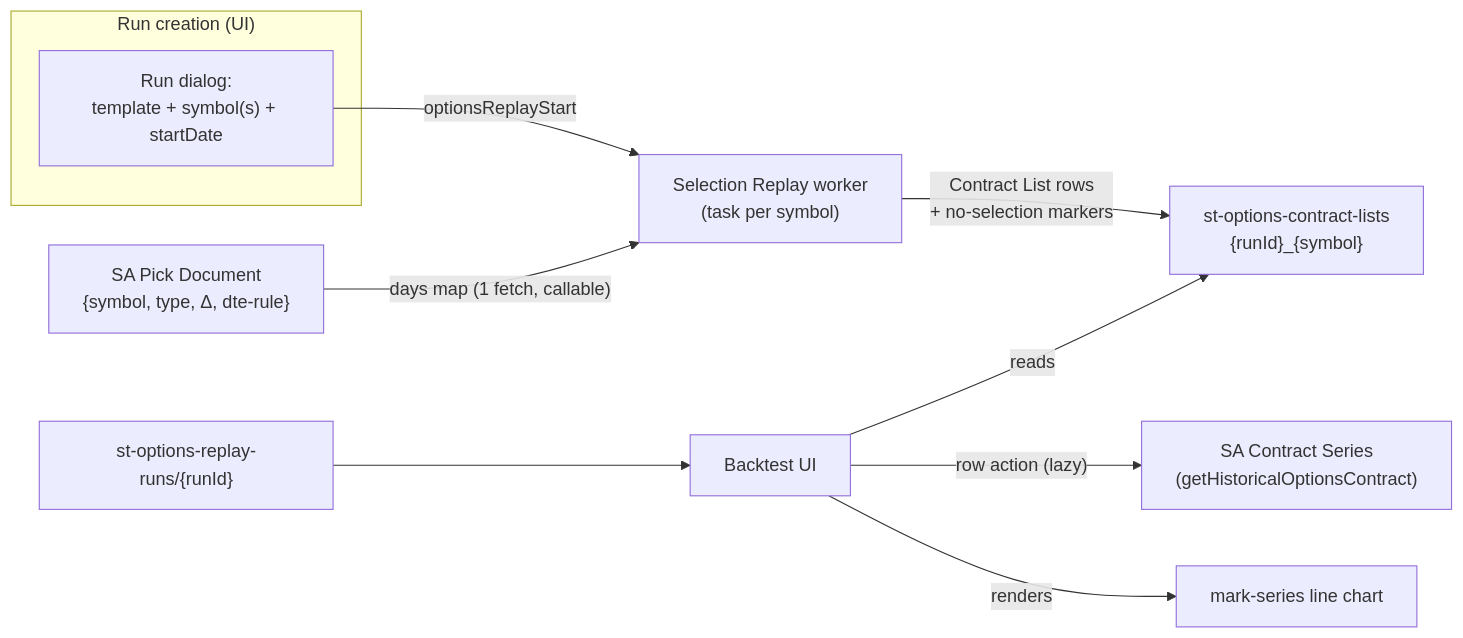
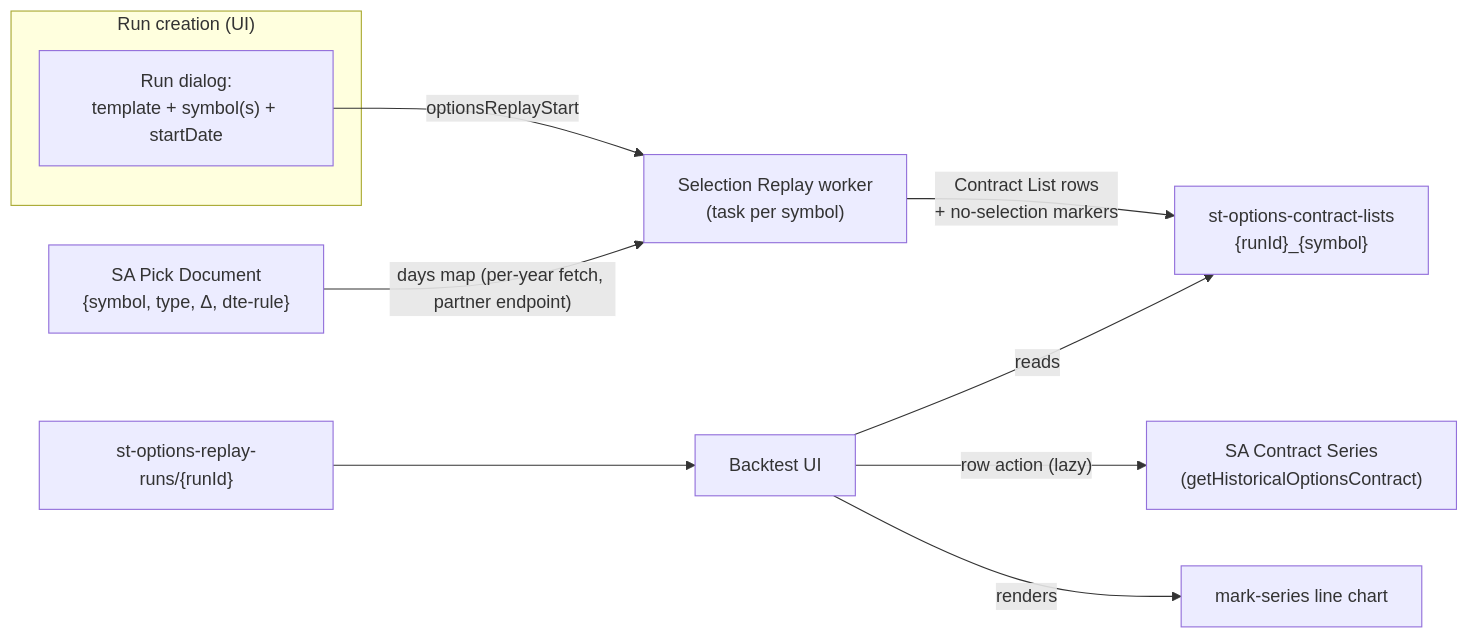
One commit to rinebob/rel-str changed the diagram in docs/topics/1238-backtest/1238-1240-1241-PRD-BACKTEST-options-backtest-selection-replay.md. Above: the diagram before and after it, drawn with Mermaid. The commit also changed other lines of this file and 5 other files, not shown here.

````diff
--- a/docs/topics/1238-backtest/1238-1240-1241-PRD-BACKTEST-options-backtest-selection-replay.md
+++ b/docs/topics/1238-backtest/1238-1240-1241-PRD-BACKTEST-options-backtest-selection-replay.md
@@ -35,13 +35,13 @@
 ```mermaid
 flowchart LR
     subgraph Run["Run creation (UI)"]
         D["Run dialog:<br/>template + symbol(s) + startDate"]
     end
     D -->|optionsReplayStart| W["Selection Replay worker<br/>(task per symbol)"]
-    PICK["SA Pick Document<br/>{symbol, type, Δ, dte-rule}"] -->|"days map (1 fetch, callable)"| W
+    PICK["SA Pick Document<br/>{symbol, type, Δ, dte-rule}"] -->|"days map (per-year fetch, partner endpoint)"| W
     W -->|Contract List rows<br/>+ no-selection markers| PERM["st-options-contract-lists<br/>{runId}_{symbol}"]
     RUN["st-options-replay-runs/{runId}"] --> UI
     UI["Backtest UI"] -->|reads| PERM
     UI -->|"row action (lazy)"| CS["SA Contract Series<br/>(getHistoricalOptionsContract)"]
     UI -->|renders| CHART["mark-series line chart"]
 ```
````
